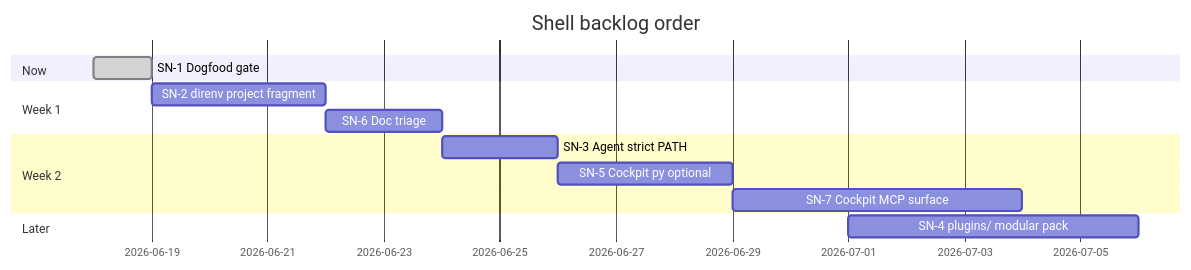
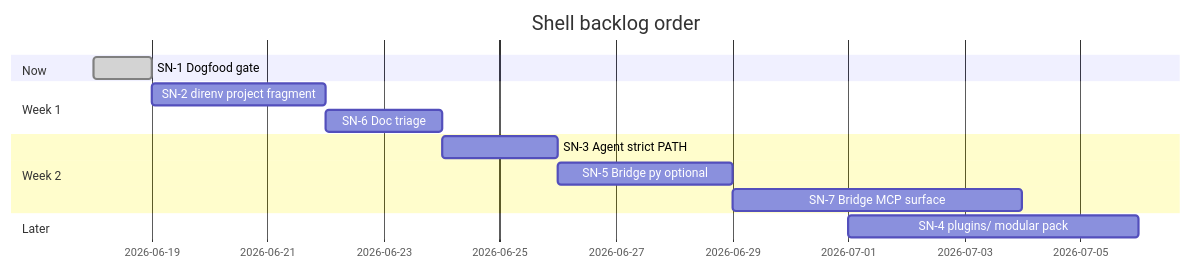
Before and after one commit to p10ns11y/shellyxz.sh: diagram 13 of 14 in arch-design/coming-next.md, drawn with Mermaid. The commit also changed other lines of this file, not shown here.

````diff
--- a/arch-design/coming-next.md
+++ b/arch-design/coming-next.md
@@ -418,16 +418,16 @@
 ```mermaid
 gantt
   title Shell backlog order
   dateFormat YYYY-MM-DD
   section Now
   SN-1 Dogfood gate           :done, sn1, 2026-06-18, 1d
   section Week 1
   SN-2 direnv project fragment :sn2, 2026-06-19, 3d
   SN-6 Doc triage             :sn6, after sn2, 2d
   section Week 2
   SN-3 Agent strict PATH      :sn3, after sn6, 2d
-  SN-5 Cockpit py optional    :sn5, after sn3, 3d
-  SN-7 Cockpit MCP surface    :sn7, after sn5, 5d
+  SN-5 Bridge py optional      :sn5, after sn3, 3d
+  SN-7 Bridge MCP surface      :sn7, after sn5, 5d
   section Later
   SN-4 plugins/ modular pack  :sn4, 2026-07-01, 5d
 ```
````
